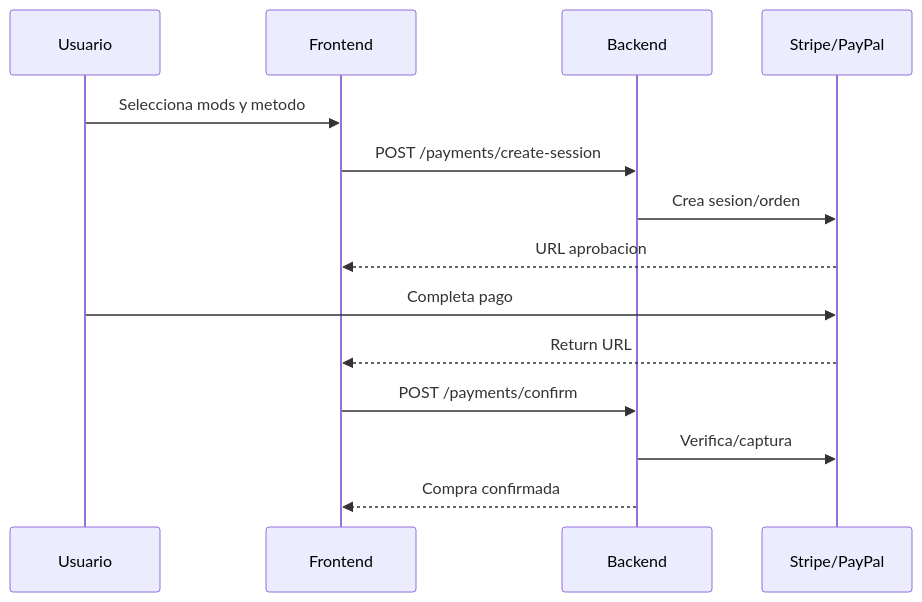
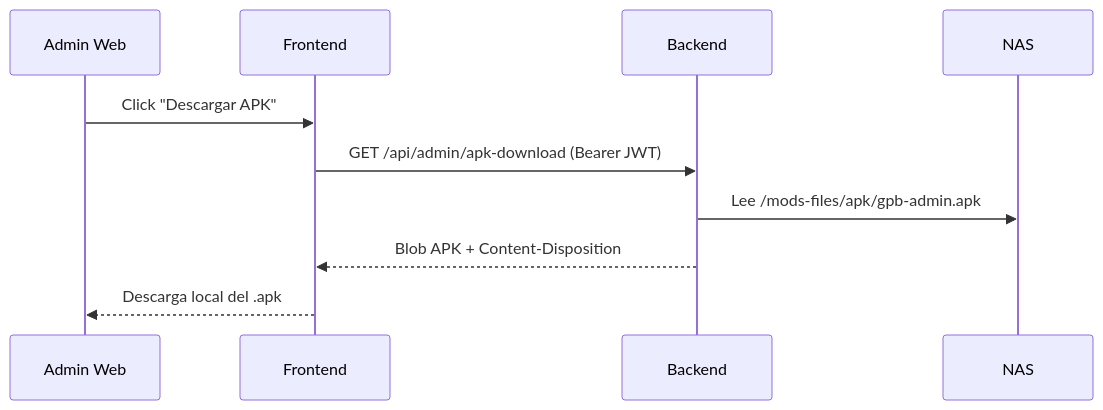
One commit to jlangon187/WebAPP changed the second of 5 diagrams in README.md. Above: the diagram before and after it, drawn with Mermaid. The commit also changed other lines of this file, not shown here.

First line of the commit message:
Revise README for GPB Mods WebAPP updates

````diff
--- a/README.md
+++ b/README.md
@@ -253,17 +88,13 @@
 ```mermaid
 sequenceDiagram
-    participant U as Usuario
+    participant A as Admin Web
     participant FE as Frontend
     participant BE as Backend
-    participant PG as Stripe/PayPal
+    participant NAS as NAS
 
-    U->>FE: Selecciona mods y metodo
-    FE->>BE: POST /payments/create-session
-    BE->>PG: Crea sesion/orden
-    PG-->>FE: URL aprobacion
-    U->>PG: Completa pago
-    PG-->>FE: Return URL
-    FE->>BE: POST /payments/confirm
-    BE->>PG: Verifica/captura
-    BE-->>FE: Compra confirmada
+    A->>FE: Click "Descargar APK"
+    FE->>BE: GET /api/admin/apk-download (Bearer JWT)
+    BE->>NAS: Lee /mods-files/apk/gpb-admin.apk
+    BE-->>FE: Blob APK + Content-Disposition
+    FE-->>A: Descarga local del .apk
 ```
````
